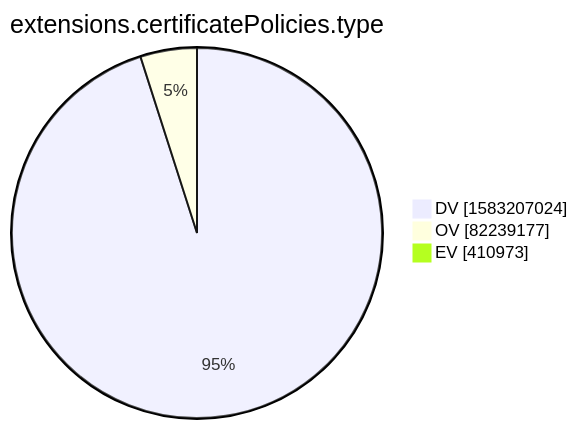
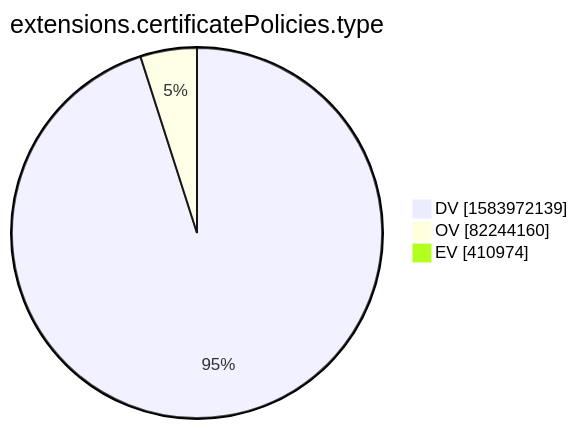
The tenth of 15 diagrams in xenon2022/README.md (christiankrug/ctmonitor_visualization), drawn with Mermaid before and after one commit. The commit also changed other lines of this file, not shown here.

````diff
--- a/xenon2022/README.md
+++ b/xenon2022/README.md
@@ -2877,7 +2877,7 @@
 ```mermaid
 pie showData
 title extensions.certificatePolicies.type
-"DV" :1583207024
-"OV" :82239177
-"EV" :410973
+"DV" :1583972139
+"OV" :82244160
+"EV" :410974
 ```
````
